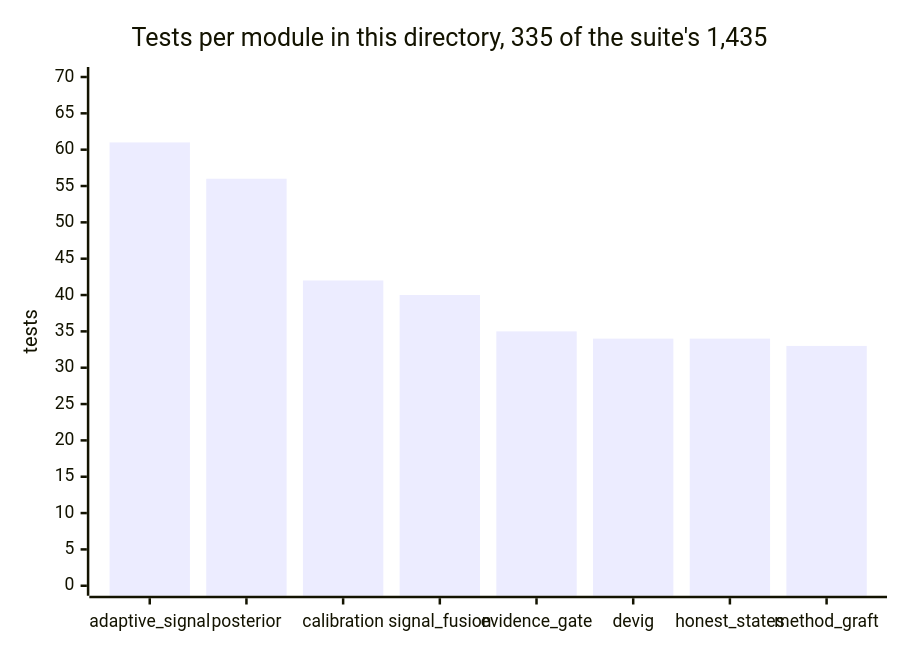
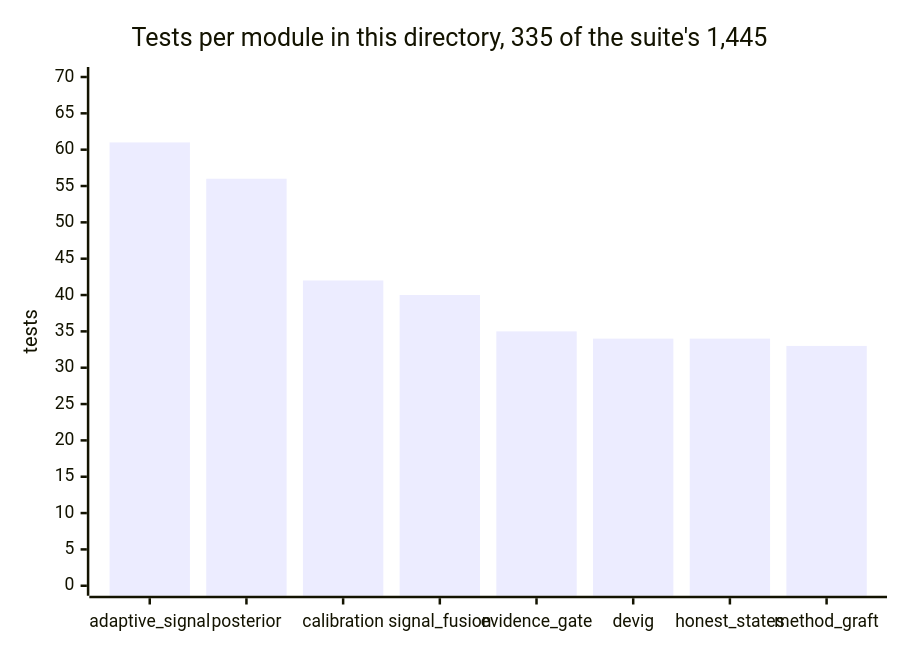
Before and after one commit to greeklinux/Showcase: the ninth of 10 diagrams in polymind/README.md, drawn with Mermaid. The commit also changed other lines of this file and 16 other files, not shown here.

````diff
--- a/polymind/README.md
+++ b/polymind/README.md
@@ -602,7 +602,7 @@
 ```mermaid
 xychart-beta
-    title "Tests per module in this directory, 335 of the suite's 1,435"
+    title "Tests per module in this directory, 335 of the suite's 1,445"
     x-axis ["adaptive_signal", "posterior", "calibration", "signal_fusion", "evidence_gate", "devig", "honest_states", "method_graft"]
     y-axis "tests" 0 --> 70
     bar [61, 56, 42, 40, 35, 34, 34, 33]
 ```
````
